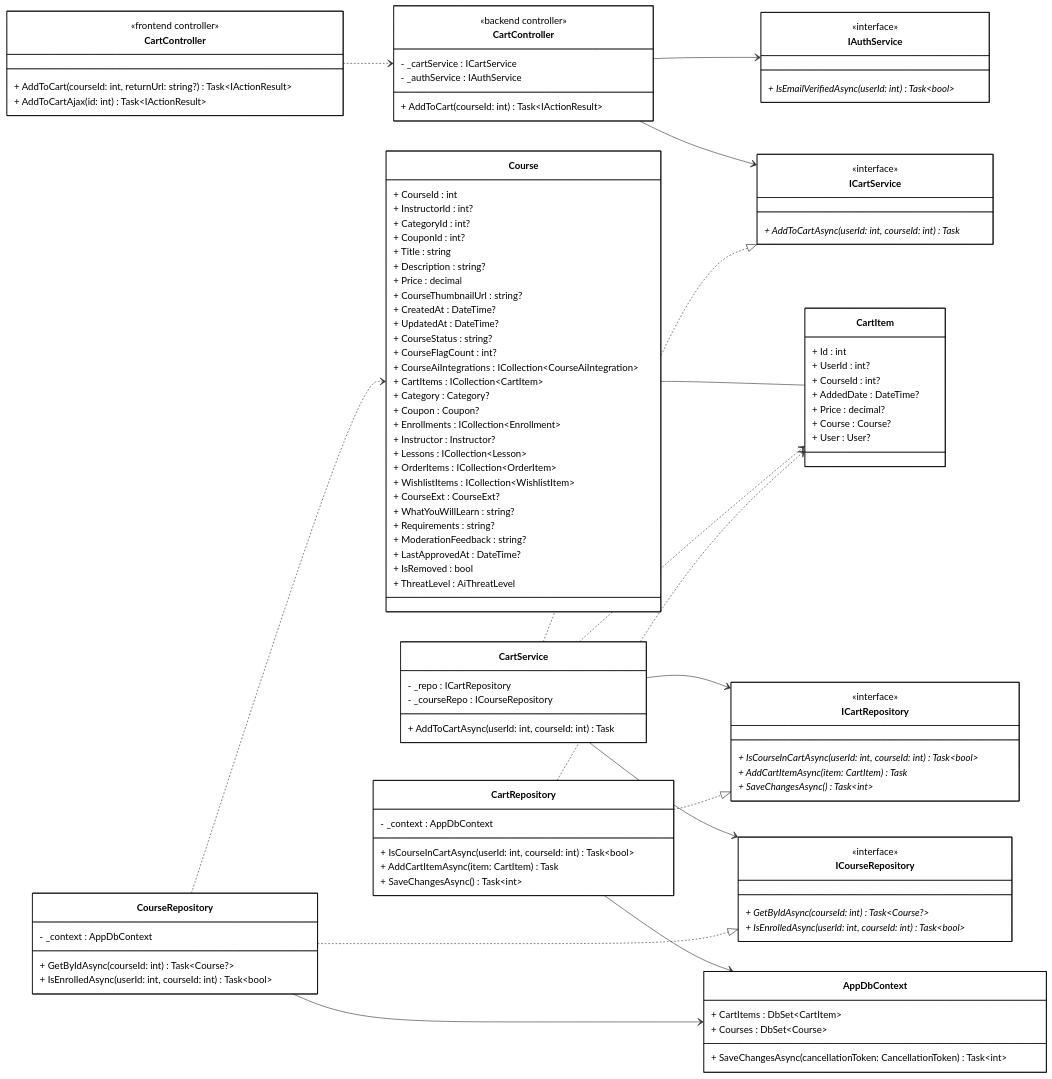
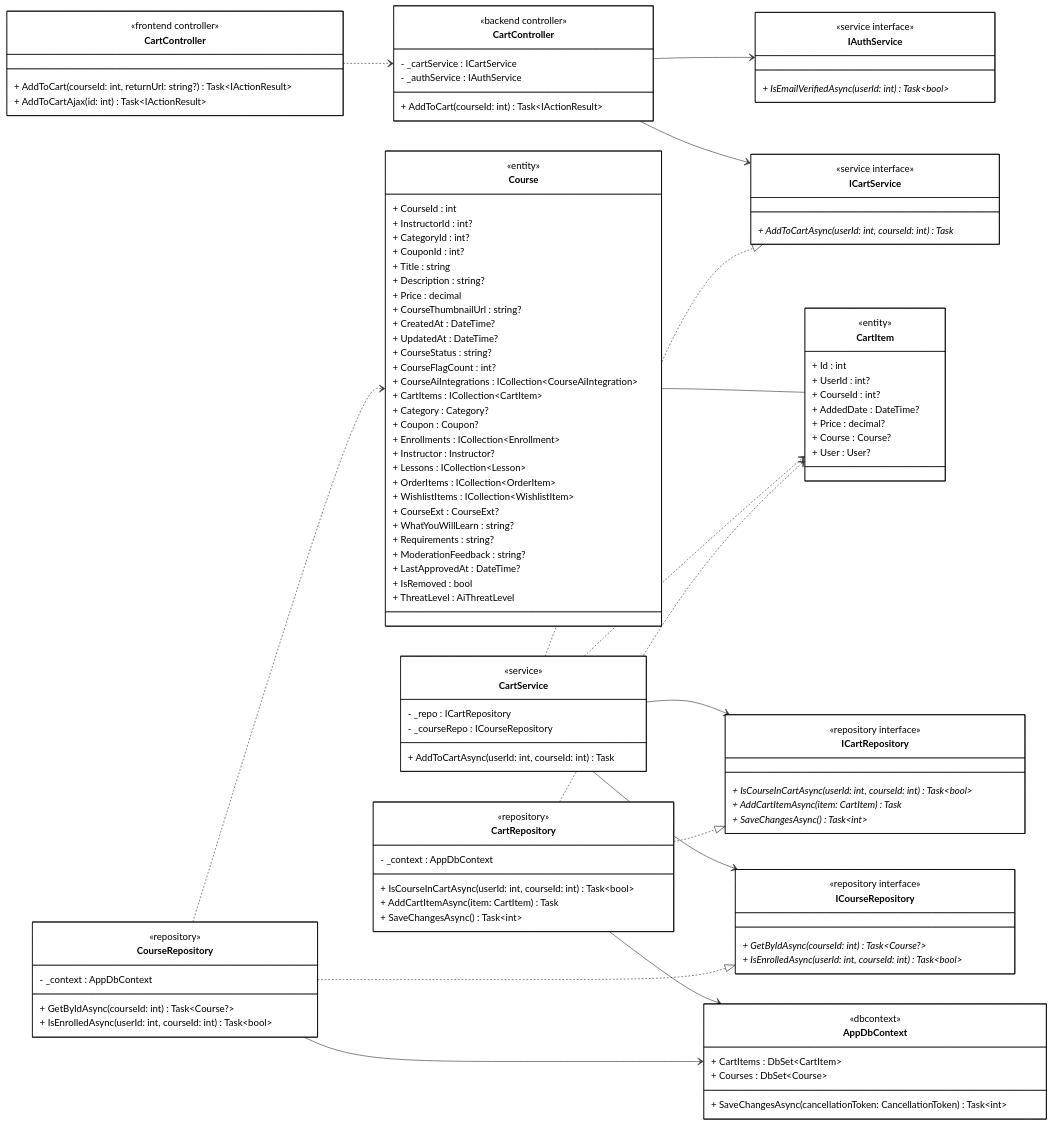
The diagram in diagrams/class_mermaid/cart/cls_mm_add_to_cart.mmd (1000do/Linked), drawn with Mermaid before and after one commit. The commit also changed 34 other files, not shown here.

Commit message:
docs: generate mermaid class diagrams and plantuml sequence diagrams for chat, notification, cart, and instructor application features

```diff
--- a/diagrams/class_mermaid/cart/cls_mm_add_to_cart.mmd
+++ b/diagrams/class_mermaid/cart/cls_mm_add_to_cart.mmd
@@ -1,148 +1,154 @@
 classDiagram
 direction LR
 
 %% ==================== FRONTEND ====================
 
 class CartControllerFE["CartController"] {
     <<frontend controller>>
     + AddToCart(courseId: int, returnUrl: string?) Task~IActionResult~
     + AddToCartAjax(id: int) Task~IActionResult~
 }
 
 %% ==================== BACKEND - CONTROLLER ====================
 
 class CartControllerBE["CartController"] {
     <<backend controller>>
     - _cartService : ICartService
     - _authService : IAuthService
     + AddToCart(courseId: int) Task~IActionResult~
 }
 
 %% ==================== BACKEND - DOMAIN ENTITIES ====================
 
 class CartItem {
+    <<entity>>
     + Id : int
     + UserId : int?
     + CourseId : int?
     + AddedDate : DateTime?
     + Price : decimal?
     + Course : Course?
     + User : User?
 }
 
 class Course {
+    <<entity>>
     + CourseId : int
     + InstructorId : int?
     + CategoryId : int?
     + CouponId : int?
     + Title : string
     + Description : string?
     + Price : decimal
     + CourseThumbnailUrl : string?
     + CreatedAt : DateTime?
     + UpdatedAt : DateTime?
     + CourseStatus : string?
     + CourseFlagCount : int?
     + CourseAiIntegrations : ICollection~CourseAiIntegration~
     + CartItems : ICollection~CartItem~
     + Category : Category?
     + Coupon : Coupon?
     + Enrollments : ICollection~Enrollment~
     + Instructor : Instructor?
     + Lessons : ICollection~Lesson~
     + OrderItems : ICollection~OrderItem~
     + WishlistItems : ICollection~WishlistItem~
     + CourseExt : CourseExt?
     + WhatYouWillLearn : string?
     + Requirements : string?
     + ModerationFeedback : string?
     + LastApprovedAt : DateTime?
     + IsRemoved : bool
     + ThreatLevel : AiThreatLevel
 }
 
 %% ==================== BACKEND - SERVICE INTERFACES ====================
 
 class ICartService {
-    <<interface>>
+    <<service interface>>
     + AddToCartAsync(userId: int, courseId: int) Task *
 }
 
 class IAuthService {
-    <<interface>>
+    <<service interface>>
     + IsEmailVerifiedAsync(userId: int) Task~bool~ *
 }
 
 %% ==================== BACKEND - REPOSITORY INTERFACES ====================
 
 class ICartRepository {
-    <<interface>>
+    <<repository interface>>
     + IsCourseInCartAsync(userId: int, courseId: int) Task~bool~ *
     + AddCartItemAsync(item: CartItem) Task *
     + SaveChangesAsync() Task~int~ *
 }
 
 class ICourseRepository {
-    <<interface>>
+    <<repository interface>>
     + GetByIdAsync(courseId: int) Task~Course?~ *
     + IsEnrolledAsync(userId: int, courseId: int) Task~bool~ *
 }
 
 %% ==================== BACKEND - SERVICE IMPLEMENTATION ====================
 
 class CartService {
+    <<service>>
     - _repo : ICartRepository
     - _courseRepo : ICourseRepository
     + AddToCartAsync(userId: int, courseId: int) Task
 }
 
 %% ==================== BACKEND - REPOSITORY IMPLEMENTATION ====================
 
 class CartRepository {
+    <<repository>>
     - _context : AppDbContext
     + IsCourseInCartAsync(userId: int, courseId: int) Task~bool~
     + AddCartItemAsync(item: CartItem) Task
     + SaveChangesAsync() Task~int~
 }
 
 class CourseRepository {
+    <<repository>>
     - _context : AppDbContext
     + GetByIdAsync(courseId: int) Task~Course?~
     + IsEnrolledAsync(userId: int, courseId: int) Task~bool~
 }
 
 %% ==================== BACKEND - DbContext ====================
 
 class AppDbContext {
+    <<dbcontext>>
     + CartItems : DbSet~CartItem~
     + Courses : DbSet~Course~
     + SaveChangesAsync(cancellationToken: CancellationToken) Task~int~
 }
 
 %% ==================== RELATIONSHIPS ====================
 
 %% === UNIDIRECTIONAL ASSOCIATION ===
 CartControllerBE --> ICartService
 CartControllerBE --> IAuthService
 CartService --> ICartRepository
 CartService --> ICourseRepository
 CartRepository --> AppDbContext
 CourseRepository --> AppDbContext
 
 %% === COMPOSITION / BIDIRECTIONAL ASSOCIATION ===
 Course -- CartItem
 
 %% === INTERFACE REALIZATION ===
 CartService ..|> ICartService
 CartRepository ..|> ICartRepository
 CourseRepository ..|> ICourseRepository
 
 %% === DEPENDENCY ===
 CartControllerFE ..> CartControllerBE
 CartService ..> CartItem
 CartRepository ..> CartItem
 CourseRepository ..> Course
 
 %% ==================== STYLES ====================
 
 classDef default fill:#FFFFFF,stroke:#000000,stroke-width:1px,color:#000000
```
